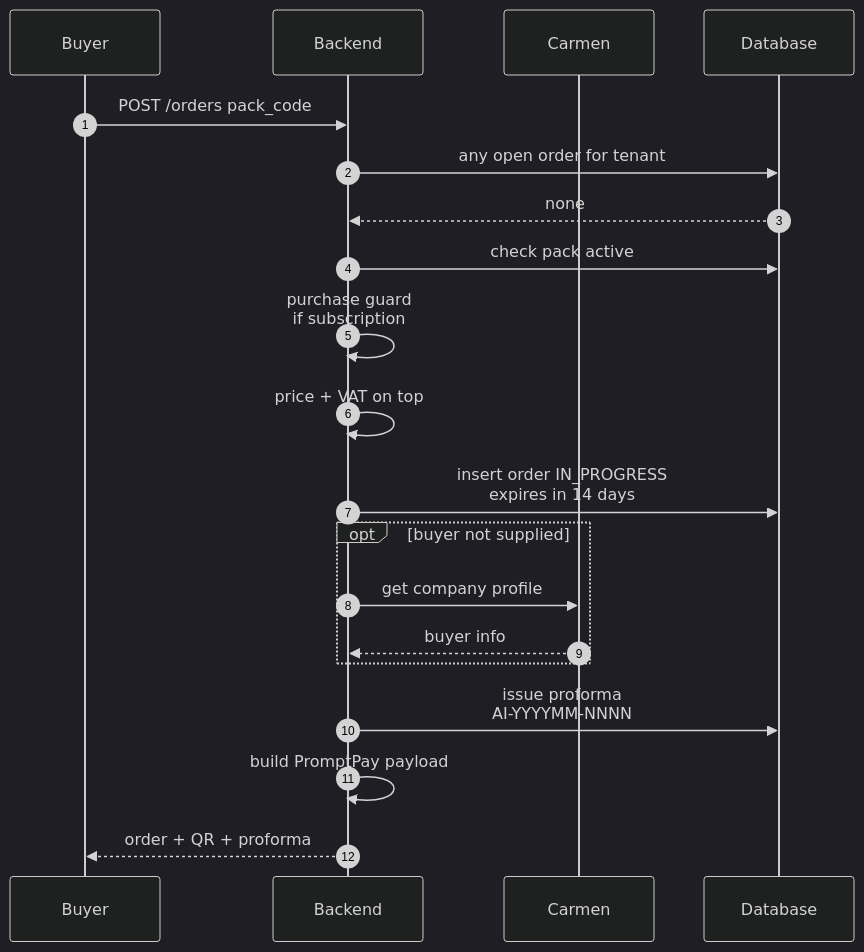
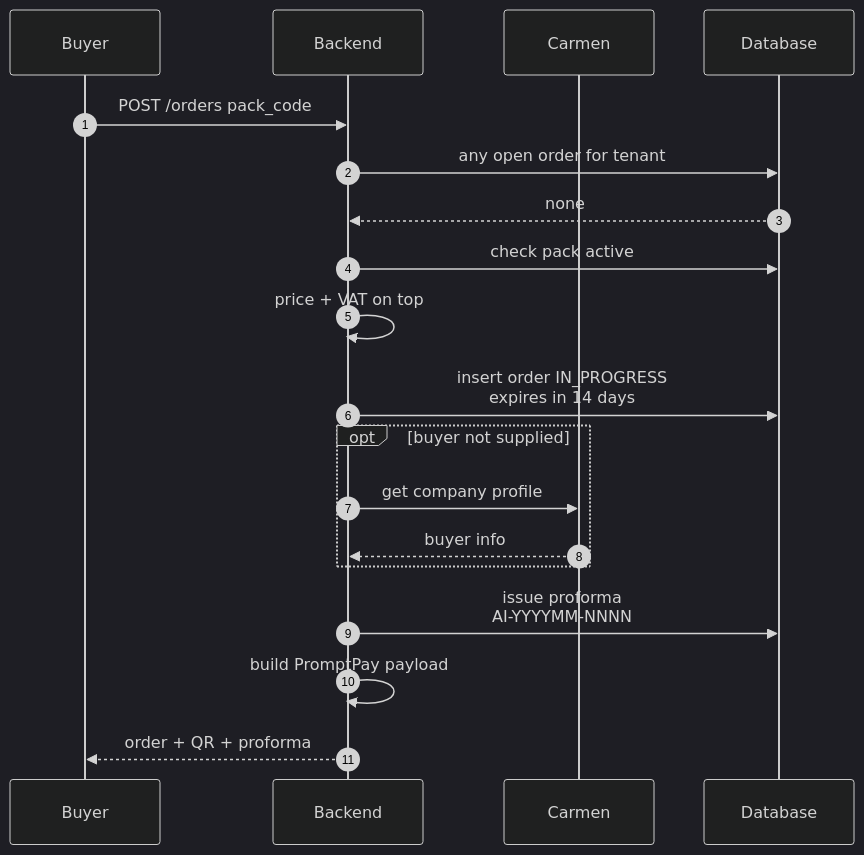
One commit to developer-carmensoftware/OCR changed the fourth of 5 diagrams in docs/frd/FRD-05-billing-purchase.md. Above: the diagram before and after it, drawn with Mermaid (dark theme). The commit also changed other lines of this file and 10 other files, not shown here.

First line of the commit message:
docs(frd): correct the 10 timeline FRDs against the code at 2be6d7c9

````diff
--- a/docs/frd/FRD-05-billing-purchase.md
+++ b/docs/frd/FRD-05-billing-purchase.md
@@ -276,23 +277,22 @@
 ```mermaid 8.2 | create order — guards, pricing, proforma, QR
 sequenceDiagram
     autonumber
     participant U as Buyer
     participant API as Backend
     participant C as Carmen
     participant DB as Database
 
     U->>API: POST /orders pack_code
     API->>DB: any open order for tenant
     DB-->>API: none
     API->>DB: check pack active
-    API->>API: purchase guard<br/>if subscription
     API->>API: price + VAT on top
     API->>DB: insert order IN_PROGRESS<br/>expires in 14 days
     opt buyer not supplied
         API->>C: get company profile
         C-->>API: buyer info
     end
     API->>DB: issue proforma<br/>AI-YYYYMM-NNNN
     API->>API: build PromptPay payload
     API-->>U: order + QR + proforma
 ```
````
